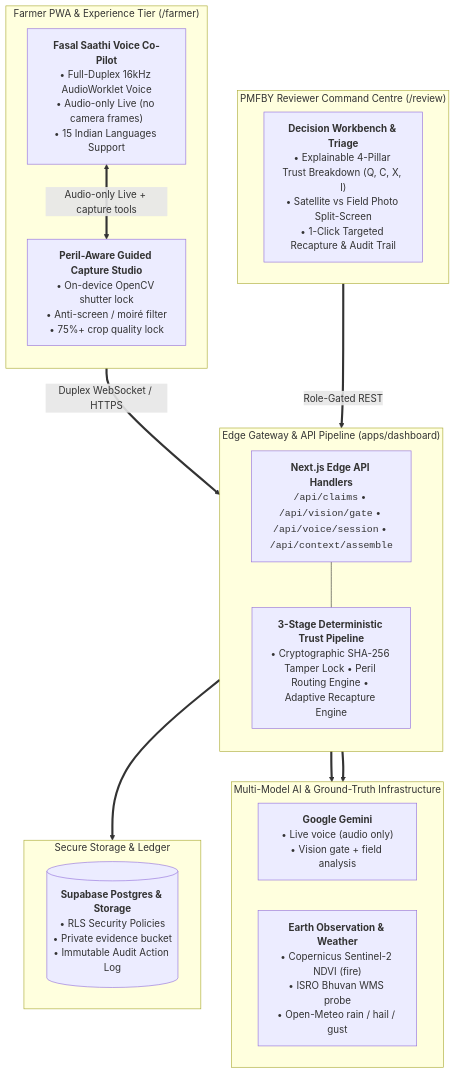
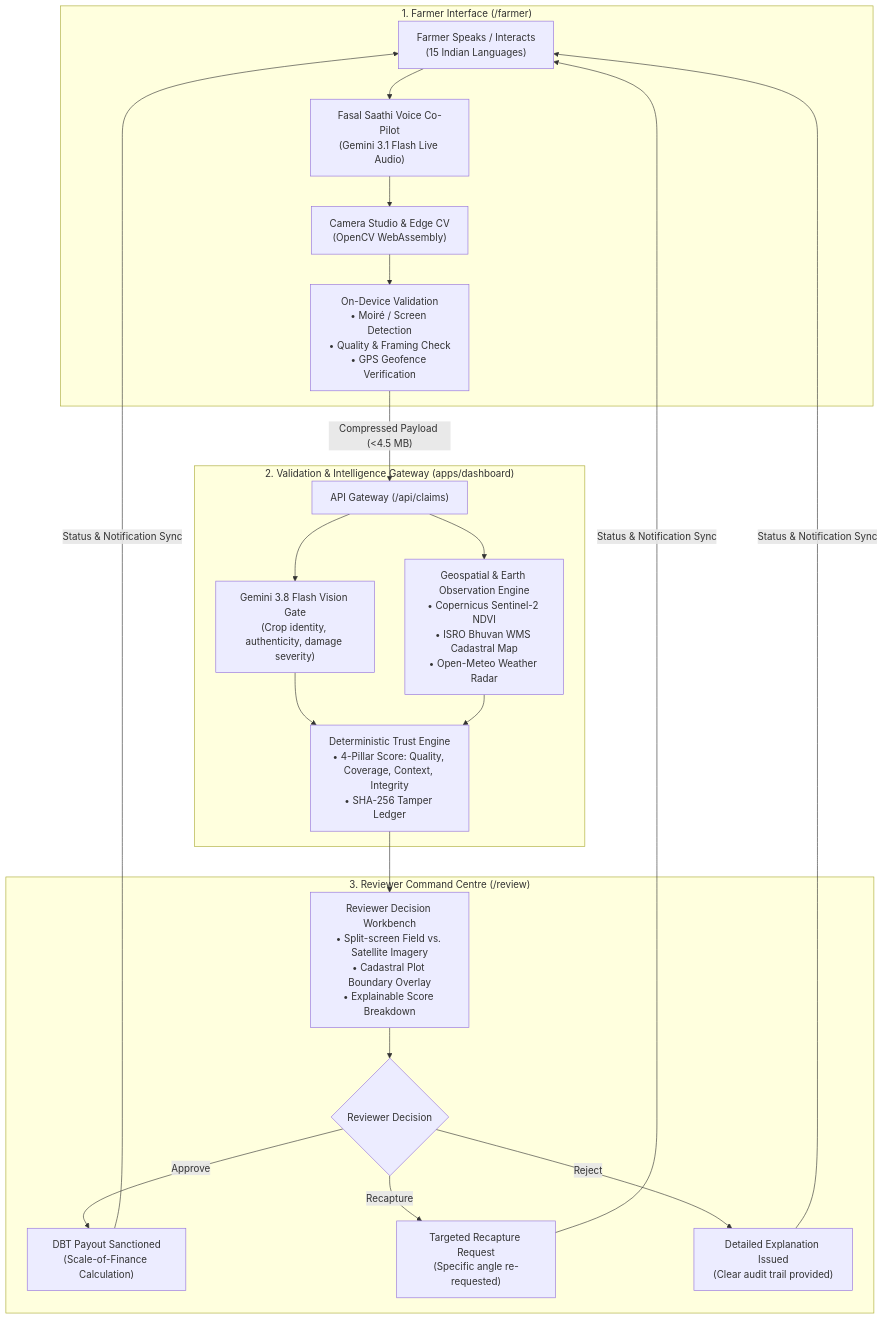
One commit to dhrrishitvdeka/Fasal-Pramaan changed the first of 3 diagrams in README.md. Above: the diagram before and after it, drawn with Mermaid. The commit also changed other lines of this file, not shown here.

Commit message:
docs: overhaul README with professional dual-audience structure, flowcharts, and geospatial mapping architecture

````diff
--- a/README.md
+++ b/README.md
@@ -35,42 +40,25 @@
 ```mermaid
-flowchart TB
-  %% Client / Browser Tier
-  subgraph T_CLIENT["Farmer PWA & Experience Tier (/farmer)"]
-    direction TB
-    F_SAATHI["<b>Fasal Saathi Voice Co-Pilot</b><br/>• Full-Duplex 16kHz AudioWorklet Voice<br/>• Audio-only Live (no camera frames)<br/>• 15 Indian Languages Support"]
-    F_CAPTURE["<b>Peril-Aware Guided Capture Studio</b><br/>• On-device OpenCV shutter lock<br/>• Anti-screen / moiré filter<br/>• 75%+ crop quality lock"]
-    F_SAATHI <== "Audio-only Live + capture tools" ==> F_CAPTURE
-  end
+flowchart TD
+    subgraph S1["1. Farmer Interface (/farmer)"]
+        A["Farmer Speaks / Interacts<br/>(15 Indian Languages)"] --> B["Fasal Saathi Voice Co-Pilot<br/>(Gemini 3.1 Flash Live Audio)"]
+        B --> C["Camera Studio & Edge CV<br/>(OpenCV WebAssembly)"]
+        C --> D["On-Device Validation<br/>• Moiré / Screen Detection<br/>• Quality & Framing Check<br/>• GPS Geofence Verification"]
+    end
 
-  %% Gateway & Routing Tier
-  subgraph T_GATEWAY["Edge Gateway & API Pipeline (apps/dashboard)"]
-    direction TB
-    API_ROUTES["<b>Next.js Edge API Handlers</b><br/><code>/api/claims</code> • <code>/api/vision/gate</code> • <code>/api/voice/session</code> • <code>/api/context/assemble</code>"]
-    CORE_PIPELINE["<b>3-Stage Deterministic Trust Pipeline</b><br/>• Cryptographic SHA-256 Tamper Lock • Peril Routing Engine • Adaptive Recapture Engine"]
-    API_ROUTES --- CORE_PIPELINE
-  end
+    subgraph S2["2. Validation & Intelligence Gateway (apps/dashboard)"]
+        D -->|"Compressed Payload (<4.5 MB)"| E["API Gateway (/api/claims)"]
+        E --> F["Gemini 3.8 Flash Vision Gate<br/>(Crop identity, authenticity, damage severity)"]
+        E --> G["Geospatial & Earth Observation Engine<br/>• Copernicus Sentinel-2 NDVI<br/>• ISRO Bhuvan WMS Cadastral Map<br/>• Open-Meteo Weather Radar"]
+        F & G --> H["Deterministic Trust Engine<br/>• 4-Pillar Score: Quality, Coverage, Context, Integrity<br/>• SHA-256 Tamper Ledger"]
+    end
 
-  %% Multi-Model AI & External Signals Tier
-  subgraph T_SERVICES["Multi-Model AI & Ground-Truth Infrastructure"]
-    direction LR
-    S_GEMINI["<b>Google Gemini</b><br/>• Live voice (audio only)<br/>• Vision gate + field analysis"]
-    S_SIGNALS["<b>Earth Observation & Weather</b><br/>• Copernicus Sentinel-2 NDVI (fire)<br/>• ISRO Bhuvan WMS probe<br/>• Open-Meteo rain / hail / gust"]
-  end
+    subgraph S3["3. Reviewer Command Centre (/review)"]
+        H --> I["Reviewer Decision Workbench<br/>• Split-screen Field vs. Satellite Imagery<br/>• Cadastral Plot Boundary Overlay<br/>• Explainable Score Breakdown"]
+        I --> J{"Reviewer Decision"}
+        J -->|"Approve"| K["DBT Payout Sanctioned<br/>(Scale-of-Finance Calculation)"]
+        J -->|"Recapture"| L["Targeted Recapture Request<br/>(Specific angle re-requested)"]
+        J -->|"Reject"| M["Detailed Explanation Issued<br/>(Clear audit trail provided)"]
+    end
 
-  %% Reviewer Tier
-  subgraph T_REVIEWER["PMFBY Reviewer Command Centre (/review)"]
-    R_QUEUE["<b>Decision Workbench & Triage</b><br/>• Explainable 4-Pillar Trust Breakdown (Q, C, X, I)<br/>• Satellite vs Field Photo Split-Screen<br/>• 1-Click Targeted Recapture & Audit Trail"]
-  end
-
-  %% Persistence
-  subgraph T_STORAGE["Secure Storage & Ledger"]
-    S_SUPABASE[("<b>Supabase Postgres & Storage</b><br/>• RLS Security Policies<br/>• Private evidence bucket<br/>• Immutable Audit Action Log")]
-  end
-
-  %% Flow Connections
-  T_CLIENT ==>|"Duplex WebSocket / HTTPS"| API_ROUTES
-  T_REVIEWER ==>|"Role-Gated REST"| API_ROUTES
-  CORE_PIPELINE ==> S_GEMINI
-  CORE_PIPELINE ==> S_SIGNALS
-  API_ROUTES ==> T_STORAGE
+    K & L & M -->|"Status & Notification Sync"| A
 ```
````
